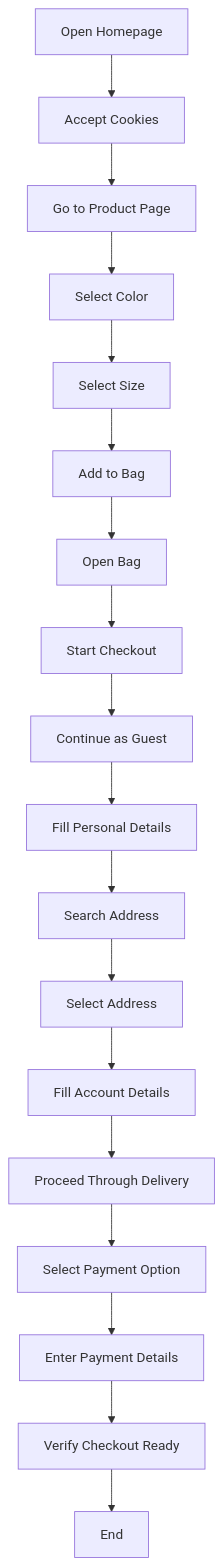
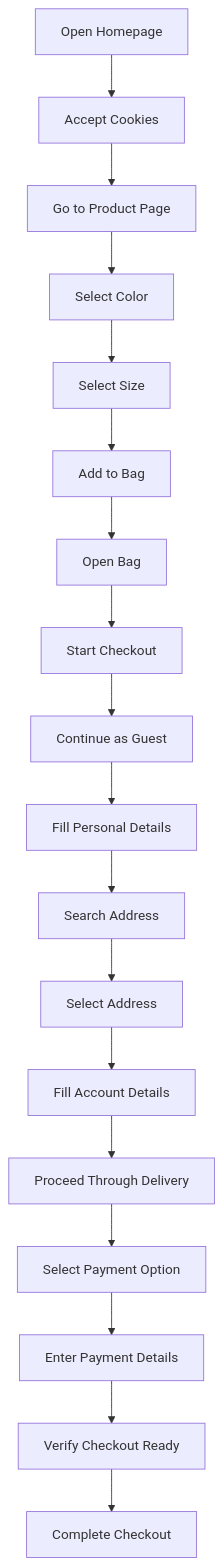
One commit to mandalaoui/freemans-checkout-automation changed the diagram in README.md. Above: the diagram before and after it, drawn with Mermaid. The commit also changed other lines of this file, not shown here.

Commit message:
mermaid flow

````diff
--- a/README.md
+++ b/README.md
@@ -89,20 +89,21 @@
 ```mermaid
 flowchart TD
     A[Open Homepage] --> B[Accept Cookies]
     B --> C[Go to Product Page]
     C --> D[Select Color]
     D --> E[Select Size]
     E --> F[Add to Bag]
     F --> G[Open Bag]
     G --> H[Start Checkout]
     H --> I[Continue as Guest]
     I --> J[Fill Personal Details]
     J --> K[Search Address]
     K --> L[Select Address]
     L --> M[Fill Account Details]
     M --> N[Proceed Through Delivery]
     N --> O[Select Payment Option]
     O --> P[Enter Payment Details]
     P --> Q[Verify Checkout Ready]
-    Q --> R[End]
+    Q --> R[Complete Checkout]
+
 ```
````
